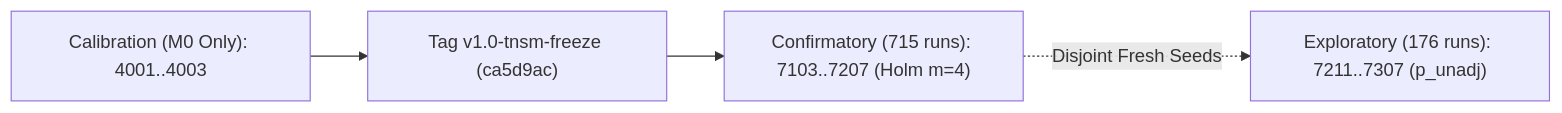
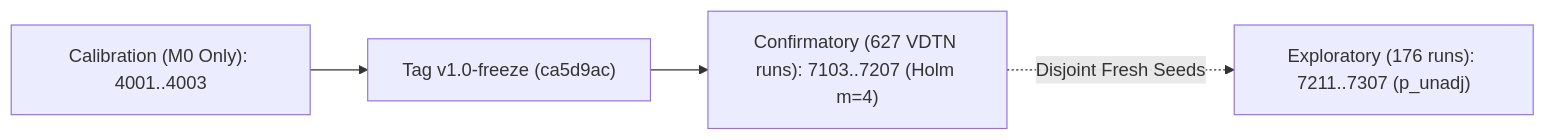
Before and after one commit to nafisshahriar/ADTNM: the diagram in docs/study-guide/figures/mmd/fig14_seed_governance.mmd, drawn with Mermaid. The commit also changed 75 other files, not shown here.

```diff
--- a/docs/study-guide/figures/mmd/fig14_seed_governance.mmd
+++ b/docs/study-guide/figures/mmd/fig14_seed_governance.mmd
@@ -1,4 +1,4 @@
 flowchart LR
-  CAL["Calibration (M0 Only): 4001..4003"] --> FREEZE["Tag v1.0-tnsm-freeze (ca5d9ac)"]
-  FREEZE --> CONF["Confirmatory (715 runs): 7103..7207 (Holm m=4)"]
+  CAL["Calibration (M0 Only): 4001..4003"] --> FREEZE["Tag v1.0-freeze (ca5d9ac)"]
+  FREEZE --> CONF["Confirmatory (627 VDTN runs): 7103..7207 (Holm m=4)"]
   CONF -. Disjoint Fresh Seeds .-> EXP["Exploratory (176 runs): 7211..7307 (p_unadj)"]
```
